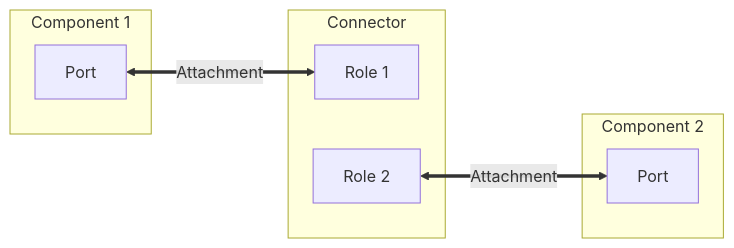
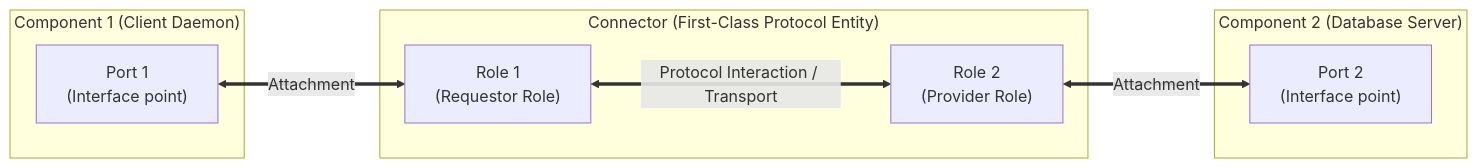
Before and after one commit to Fake1Doge/Obsidian-notes: diagram 11 of 14 in Y2S1/CKS221 Test 1 MCQ Study Guide.md, drawn with Mermaid. The commit also changed other lines of this file, not shown here.

````diff
--- a/Y2S1/CKS221 Test 1 MCQ Study Guide.md
+++ b/Y2S1/CKS221 Test 1 MCQ Study Guide.md
@@ -171,18 +590,19 @@
 ```mermaid
 flowchart LR
-    subgraph C1["Component 1"]
-        P1["Port"]
+    subgraph Comp1["Component 1 (Client Daemon)"]
+        P1["Port 1<br/>(Interface point)"]
     end
-    
-    subgraph Conn["Connector"]
-        R1["Role 1"]
-        R2["Role 2"]
+
+    subgraph Connector["Connector (First-Class Protocol Entity)"]
+        R1["Role 1<br/>(Requestor Role)"]
+        R2["Role 2<br/>(Provider Role)"]
+        R1 <===>|Protocol Interaction / Transport| R2
     end
-    
-    subgraph C2["Component 2"]
-        P2["Port"]
+
+    subgraph Comp2["Component 2 (Database Server)"]
+        P2["Port 2<br/>(Interface point)"]
     end
 
     P1 <==>|Attachment| R1
     R2 <==>|Attachment| P2
 ```
````
